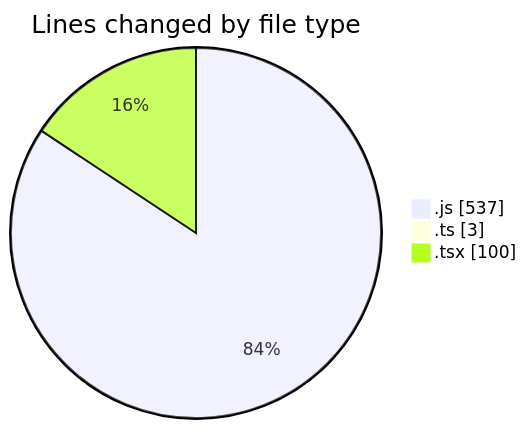
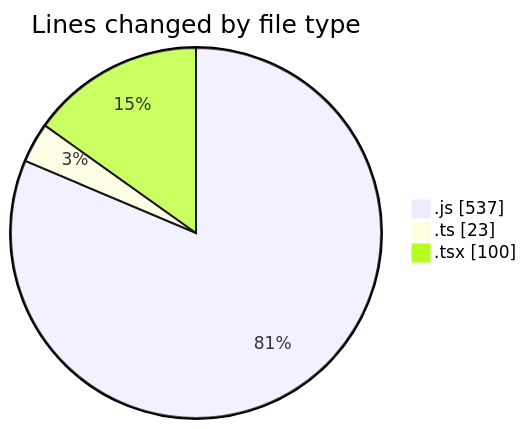
The first of 2 diagrams in 2026-10-06/cda/README.md (momahboobian/code-tracking), drawn with Mermaid before and after one commit. The commit also changed other lines of this file and 1 other file, not shown here.

````diff
--- a/2026-10-06/cda/README.md
+++ b/2026-10-06/cda/README.md
@@ -22,7 +23,7 @@
 ```mermaid
 pie showData
 title Lines changed by file type
 ".js" : 537
-".ts" : 3
+".ts" : 23
 ".tsx" : 100
 ```
````
